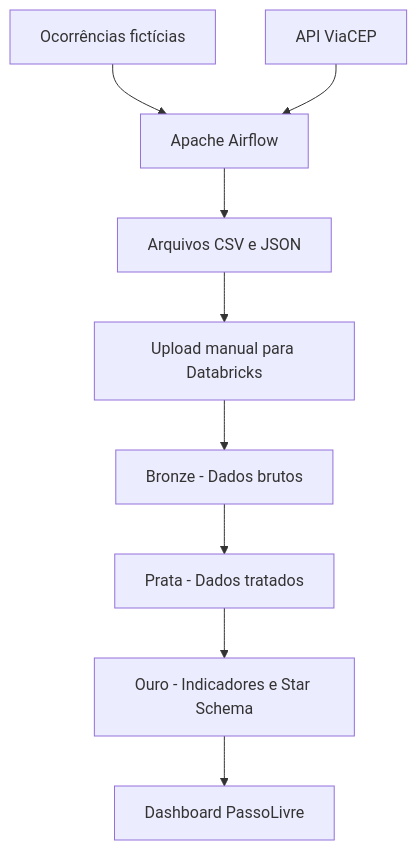
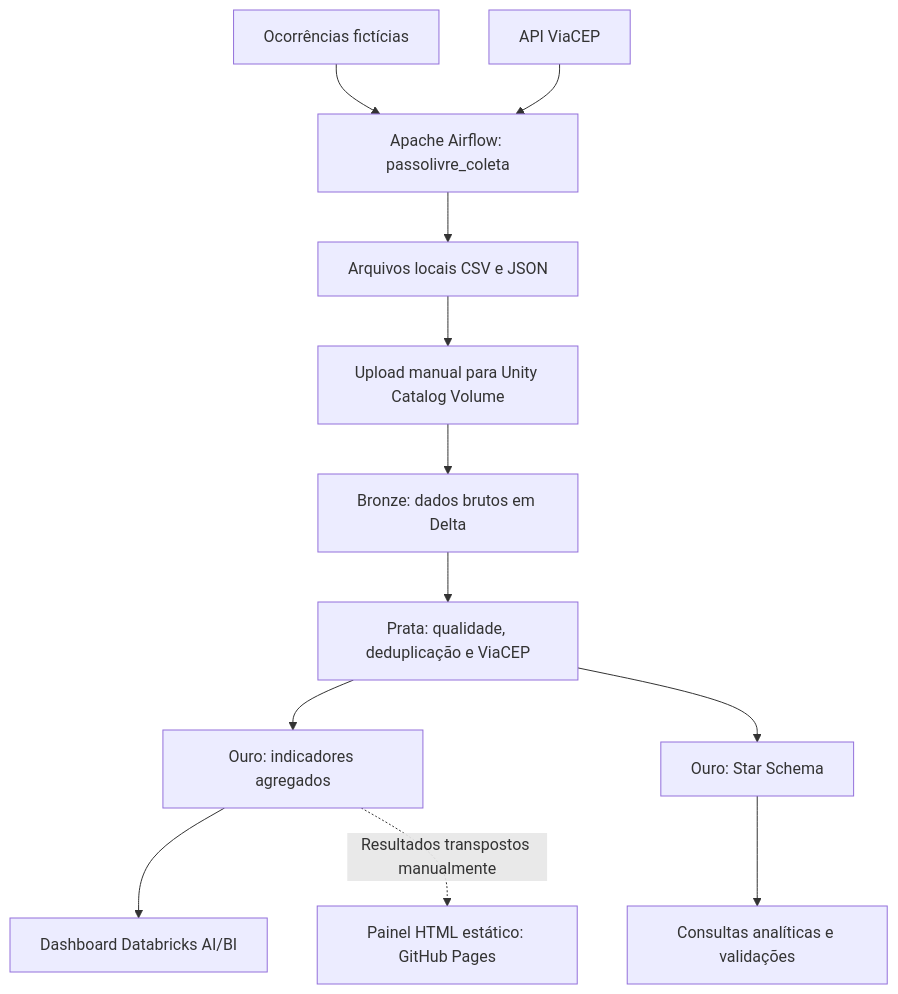
One commit to Sabi-Hase/passolivre-bigdata changed the diagram in docs/integracao_mvp.md. Above: the diagram before and after it, drawn with Mermaid. The commit also changed other lines of this file and 13 other files, not shown here.

Commit message:
docs: finaliza evidencias e documentacao do PassoLivre

````diff
--- a/docs/integracao_mvp.md
+++ b/docs/integracao_mvp.md
@@ -16,11 +18,14 @@
 ```mermaid
 flowchart TD
-    A["Ocorrências fictícias"] --> B["Apache Airflow"]
+    A["Ocorrências fictícias"] --> B["Apache Airflow: passolivre_coleta"]
     V["API ViaCEP"] --> B
-    B --> C["Arquivos CSV e JSON"]
-    C --> D["Upload manual para Databricks"]
-    D --> E["Bronze - Dados brutos"]
-    E --> F["Prata - Dados tratados"]
-    F --> G["Ouro - Indicadores e Star Schema"]
-    G --> H["Dashboard PassoLivre"]
+    B --> C["Arquivos locais CSV e JSON"]
+    C --> D["Upload manual para Unity Catalog Volume"]
+    D --> E["Bronze: dados brutos em Delta"]
+    E --> F["Prata: qualidade, deduplicação e ViaCEP"]
+    F --> G["Ouro: indicadores agregados"]
+    F --> H["Ouro: Star Schema"]
+    G --> I["Dashboard Databricks AI/BI"]
+    H --> J["Consultas analíticas e validações"]
+    G -.->|Resultados transpostos manualmente| K["Painel HTML estático: GitHub Pages"]
 ```
````
